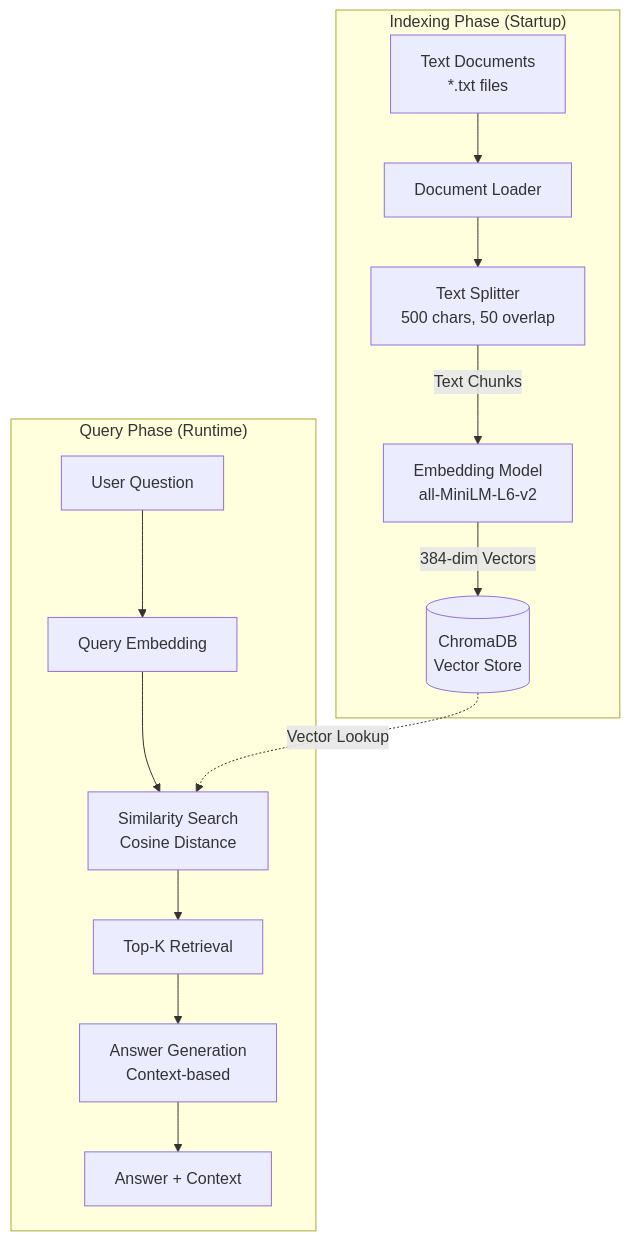
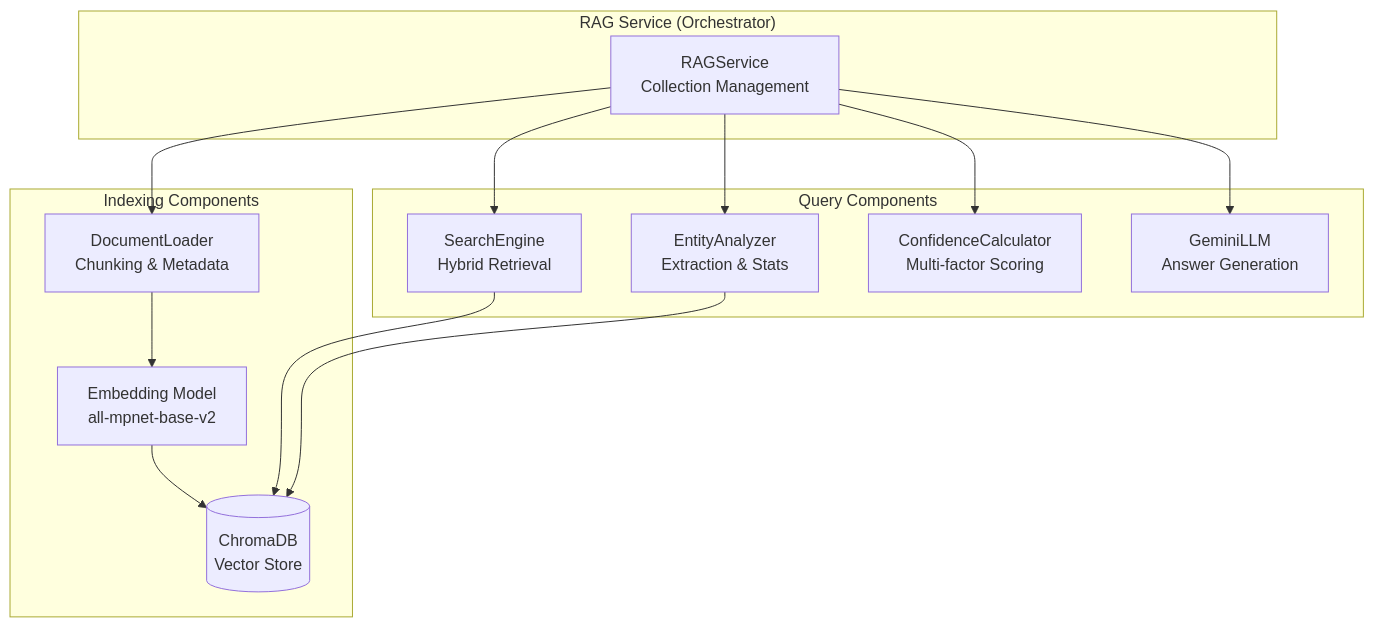
Before and after one commit to JustaKris/Donald-Trump-Rally-Speeches-NLP: the third of 12 diagrams in docs/reference/architecture.md, drawn with Mermaid. The commit also changed other lines of this file and 24 other files, not shown here.

````diff
--- a/docs/reference/architecture.md
+++ b/docs/reference/architecture.md
@@ -151,31 +245,30 @@
 ```mermaid
 graph TB
-    subgraph "Indexing Phase (Startup)"
-        Docs[Text Documents<br/>*.txt files]
-        Load[Document Loader]
-        Split[Text Splitter<br/>500 chars, 50 overlap]
-        Embed[Embedding Model<br/>all-MiniLM-L6-v2]
-        Store[(ChromaDB<br/>Vector Store)]
-        
-        Docs --> Load
-        Load --> Split
-        Split -->|Text Chunks| Embed
-        Embed -->|384-dim Vectors| Store
+    subgraph "RAG Service (Orchestrator)"
+        Orchestrator[RAGService<br/>Collection Management]
     end
     
-    subgraph "Query Phase (Runtime)"
-        Question[User Question]
-        QEmbed[Query Embedding]
-        Search[Similarity Search<br/>Cosine Distance]
-        Retrieve[Top-K Retrieval]
-        Generate[Answer Generation<br/>Context-based]
-        Response[Answer + Context]
-        
-        Question --> QEmbed
-        QEmbed --> Search
-        Store -.->|Vector Lookup| Search
-        Search --> Retrieve
-        Retrieve --> Generate
-        Generate --> Response
+    subgraph "Indexing Components"
+        Loader[DocumentLoader<br/>Chunking & Metadata]
+        Embedder[Embedding Model<br/>all-mpnet-base-v2]
+        DB[(ChromaDB<br/>Vector Store)]
     end
+    
+    subgraph "Query Components"
+        Search[SearchEngine<br/>Hybrid Retrieval]
+        Entities[EntityAnalyzer<br/>Extraction & Stats]
+        Confidence[ConfidenceCalculator<br/>Multi-factor Scoring]
+        LLM[GeminiLLM<br/>Answer Generation]
+    end
+    
+    Orchestrator --> Loader
+    Loader --> Embedder
+    Embedder --> DB
+    
+    Orchestrator --> Search
+    Search --> DB
+    Orchestrator --> Entities
+    Entities --> DB
+    Orchestrator --> Confidence
+    Orchestrator --> LLM
 ```
````
